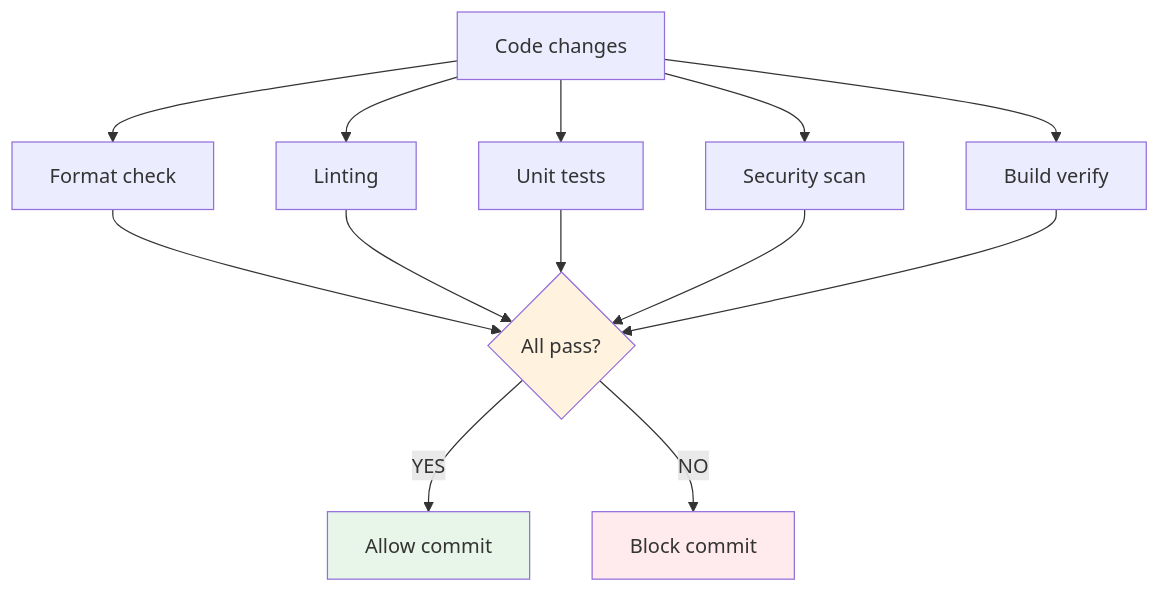
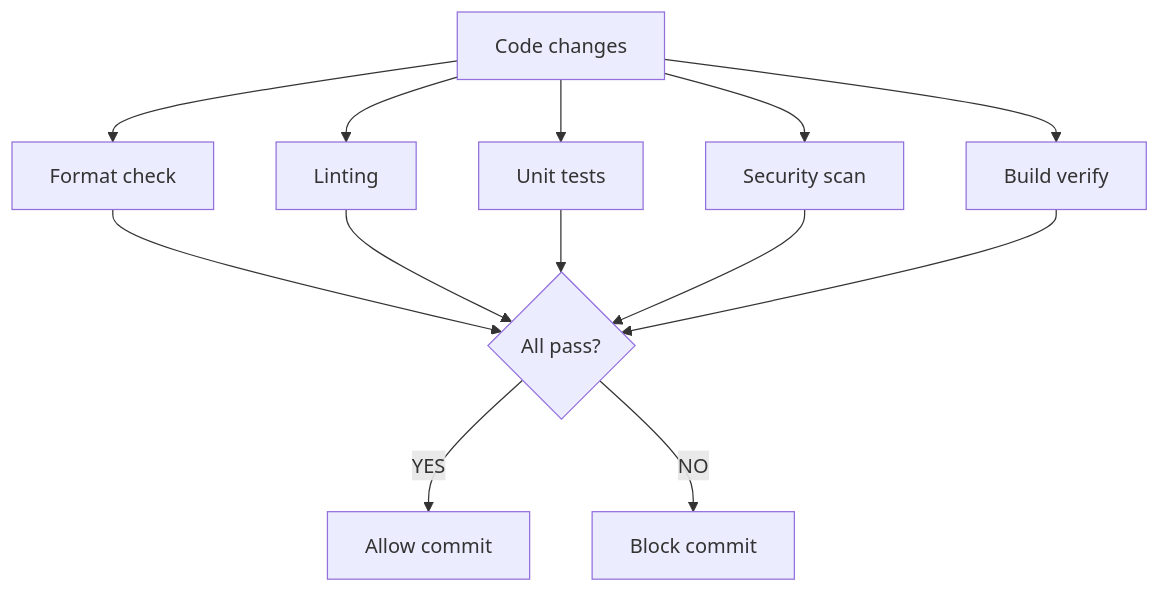
The first of 5 diagrams in docs/explanation/continuous-delivery/cd-model/cd-model-stages-1-6.md (ready-to-release/eac), drawn with Mermaid before and after one commit. The commit also changed other lines of this file and 28 other files, not shown here.

````diff
--- a/docs/explanation/continuous-delivery/cd-model/cd-model-stages-1-6.md
+++ b/docs/explanation/continuous-delivery/cd-model/cd-model-stages-1-6.md
@@ -66,21 +66,18 @@
 ```mermaid
 flowchart TD
     Code[Code changes] --> Format[Format check]
     Code --> Lint[Linting]
     Code --> Unit[Unit tests]
     Code --> Sec[Security scan]
     Code --> Build[Build verify]
 
     Format --> Gate{All pass?}
     Lint --> Gate
     Unit --> Gate
     Sec --> Gate
     Build --> Gate
 
     Gate -->|YES| Commit[Allow commit]
     Gate -->|NO| Block[Block commit]
 
-    style Gate fill:#fff3e0
-    style Commit fill:#e8f5e9
-    style Block fill:#ffebee
 ```
````
